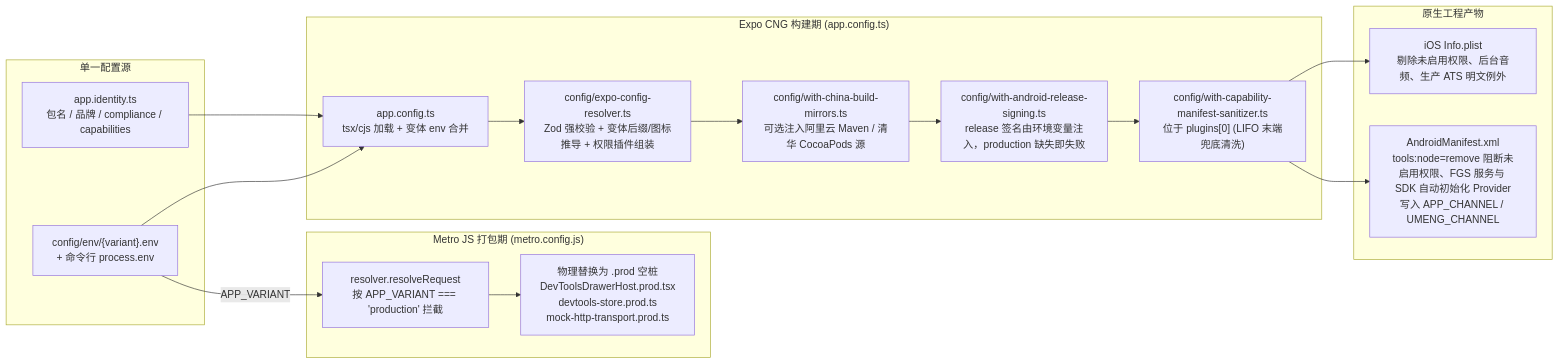
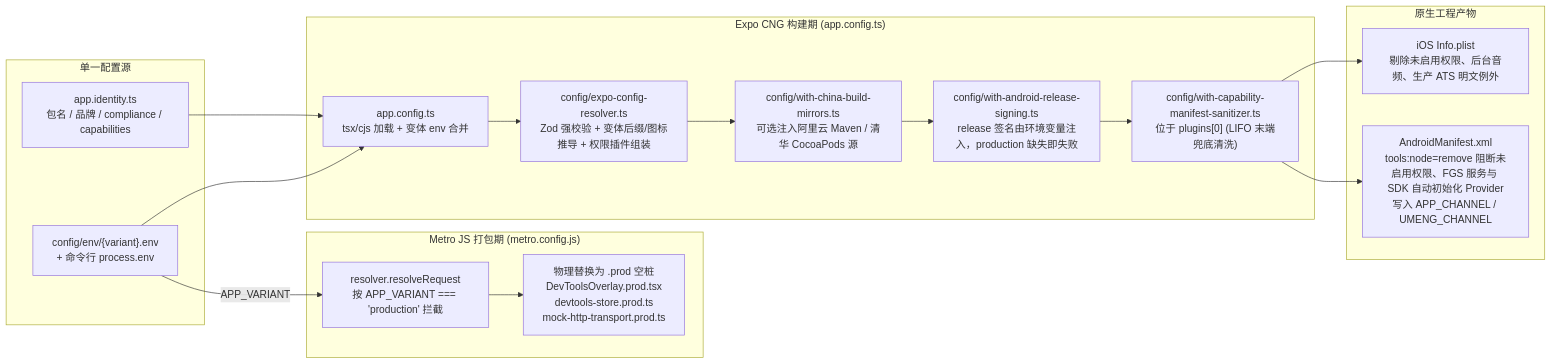
The third of 3 diagrams in docs/ARCHITECTURE.md (caixingorg/reactnative-zero), drawn with Mermaid before and after one commit. The commit also changed other lines of this file and 4 other files, not shown here.

Commit message:
docs: align README, CONTEXT, ARCHITECTURE, and payment docs with current codebase

````diff
--- a/docs/ARCHITECTURE.md
+++ b/docs/ARCHITECTURE.md
@@ -141,32 +145,32 @@
 ```mermaid
 flowchart LR
   subgraph Sources["单一配置源"]
     Id["app.identity.ts<br/>包名 / 品牌 / compliance / capabilities"]
     Env["config/env/{variant}.env<br/>+ 命令行 process.env"]
   end
 
   subgraph ExpoBuild["Expo CNG 构建期 (app.config.ts)"]
     Loader["app.config.ts<br/>tsx/cjs 加载 + 变体 env 合并"]
     Resolver["config/expo-config-resolver.ts<br/>Zod 强校验 + 变体后缀/图标推导 + 权限插件组装"]
     Mirrors["config/with-china-build-mirrors.ts<br/>可选注入阿里云 Maven / 清华 CocoaPods 源"]
     Signing["config/with-android-release-signing.ts<br/>release 签名由环境变量注入，production 缺失即失败"]
     Sanitizer["config/with-capability-manifest-sanitizer.ts<br/>位于 plugins[0] (LIFO 末端兜底清洗)"]
   end
 
   subgraph NativeOut["原生工程产物"]
     Plist["iOS Info.plist<br/>剔除未启用权限、后台音频、生产 ATS 明文例外"]
     Manifest["AndroidManifest.xml<br/>tools:node=remove 阻断未启用权限、FGS 服务与 SDK 自动初始化 Provider<br/>写入 APP_CHANNEL / UMENG_CHANNEL"]
   end
 
   subgraph MetroBundle["Metro JS 打包期 (metro.config.js)"]
     Metro["resolver.resolveRequest<br/>按 APP_VARIANT === 'production' 拦截"]
-    ProdStubs["物理替换为 .prod 空桩<br/>DevToolsDrawerHost.prod.tsx<br/>devtools-store.prod.ts<br/>mock-http-transport.prod.ts"]
+    ProdStubs["物理替换为 .prod 空桩<br/>DevToolsOverlay.prod.tsx<br/>devtools-store.prod.ts<br/>mock-http-transport.prod.ts"]
   end
 
   Id --> Loader
   Env --> Loader
   Loader --> Resolver
   Resolver --> Mirrors --> Signing --> Sanitizer
   Sanitizer --> Plist & Manifest
   Env -->|"APP_VARIANT"| Metro --> ProdStubs
 ```
````
